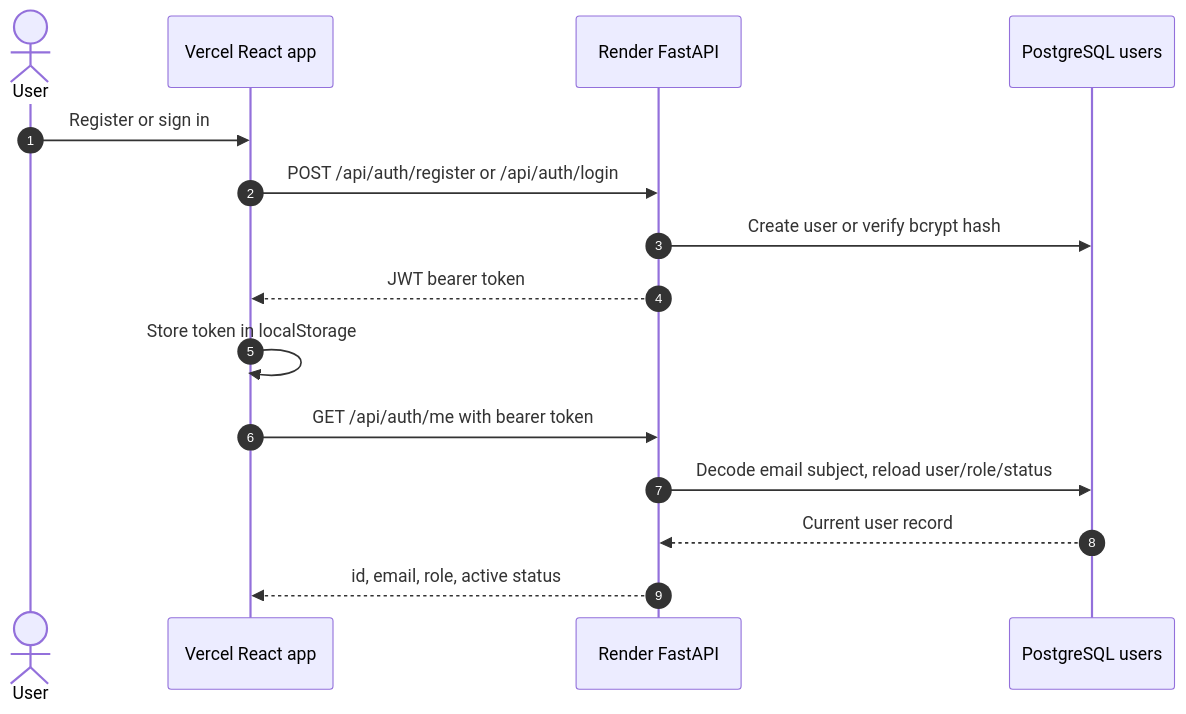
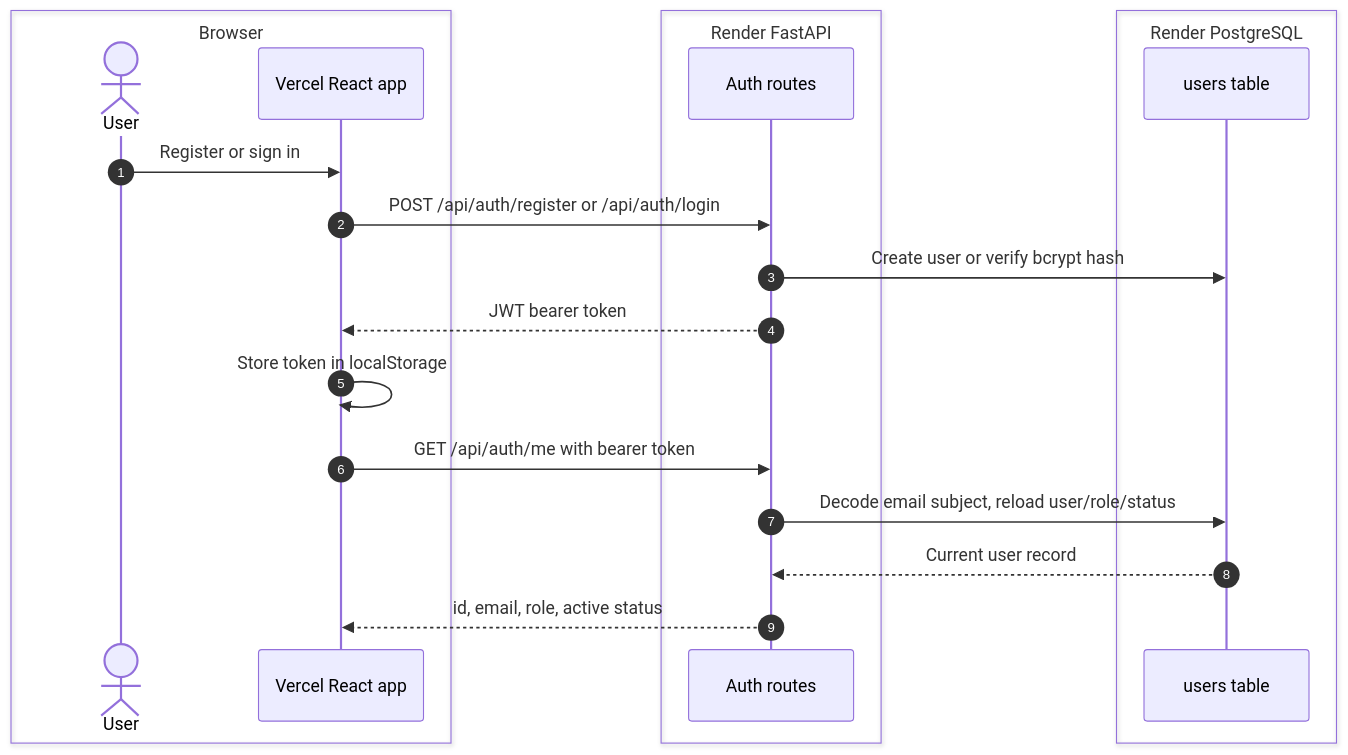
Before and after one commit to tccao/CloudSim: the second of 3 diagrams in architectureDiagram.md, drawn with Mermaid. The commit also changed other lines of this file and 24 other files, not shown here.

````diff
--- a/architectureDiagram.md
+++ b/architectureDiagram.md
@@ -90,18 +90,24 @@
 ```mermaid
 sequenceDiagram
     autonumber
-    actor User
-    participant UI as Vercel React app
-    participant API as Render FastAPI
-    participant DB as PostgreSQL users
+    box Browser
+        actor User
+        participant UI as Vercel React app
+    end
+    box Render FastAPI
+        participant API as Auth routes
+    end
+    box Render PostgreSQL
+        participant DB as users table
+    end
 
     User->>UI: Register or sign in
     UI->>API: POST /api/auth/register or /api/auth/login
     API->>DB: Create user or verify bcrypt hash
     API-->>UI: JWT bearer token
     UI->>UI: Store token in localStorage
     UI->>API: GET /api/auth/me with bearer token
     API->>DB: Decode email subject, reload user/role/status
     DB-->>API: Current user record
     API-->>UI: id, email, role, active status
 ```
````
